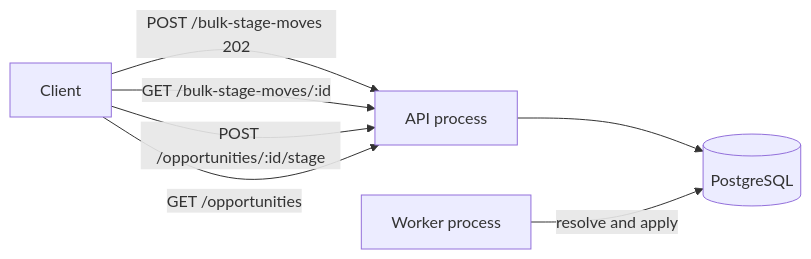
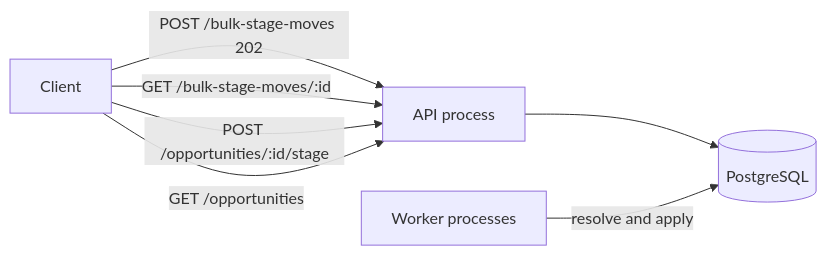
The first of 8 diagrams in DESIGN.md (khushal-sahni/highlevel_31oct), drawn with Mermaid before and after one commit. The commit also changed other lines of this file and 13 other files, not shown here.

````diff
--- a/DESIGN.md
+++ b/DESIGN.md
@@ -9,14 +9,14 @@
 ```mermaid
 flowchart LR
   client[Client]
   api[API process]
-  worker[Worker process]
+  workers[Worker processes]
   pg[(PostgreSQL)]
 
   client -->|"POST /bulk-stage-moves 202"| api
   client -->|"GET /bulk-stage-moves/:id"| api
   client -->|"POST /opportunities/:id/stage"| api
   client -->|"GET /opportunities"| api
   api --> pg
-  worker -->|"resolve and apply"| pg
+  workers -->|"resolve and apply"| pg
 ```
````
